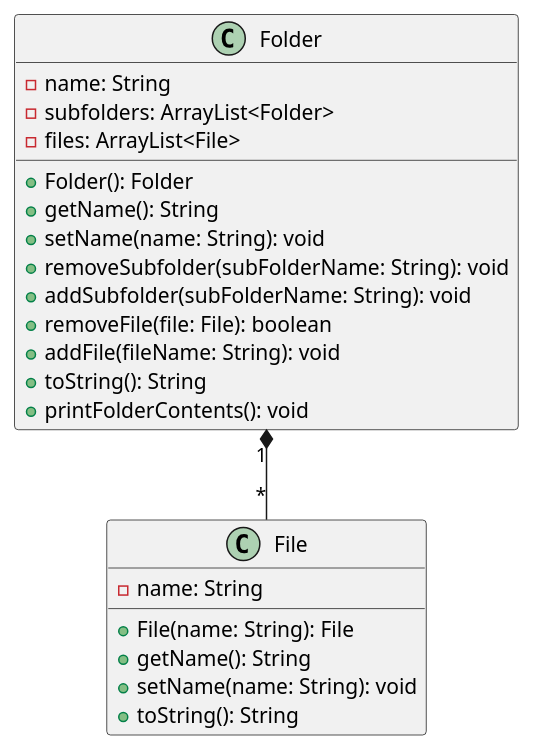
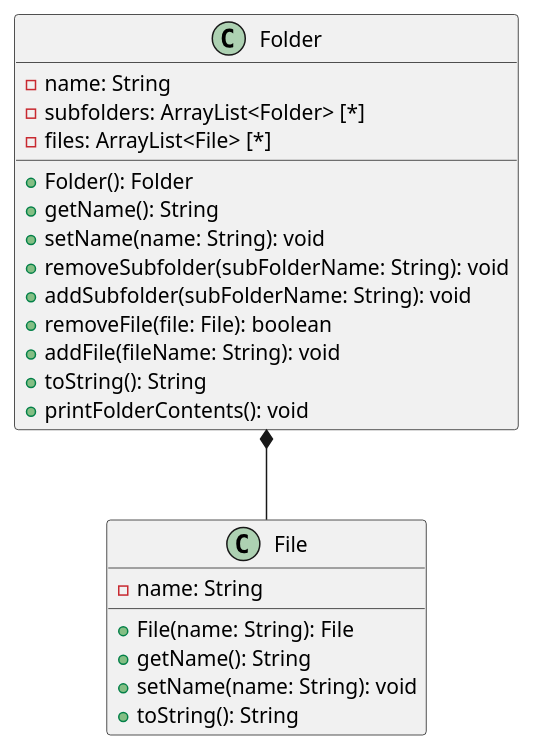
The diagram in class-diagram-4.puml (JRSiwiecki/CS4800-HW3), drawn with PlantUML before and after one commit. The commit also changed 1 other file, not shown here.

Commit message:
Finish object diagram 1

```diff
--- a/class-diagram-4.puml
+++ b/class-diagram-4.puml
@@ -1,29 +1,29 @@
 @startuml
 'https://plantuml.com/class-diagram
 
 class File {
     - name: String
     + File(name: String): File
     + getName(): String
     + setName(name: String): void
     + toString(): String
 }
 
 
-Folder "1" *-- "*" File
+Folder *-- File
 class Folder {
     - name: String
-    - subfolders: ArrayList<Folder>
-    - files: ArrayList<File>
+    - subfolders: ArrayList<Folder> [*]
+    - files: ArrayList<File> [*]
     + Folder(): Folder
     + getName(): String
     + setName(name: String): void
     + removeSubfolder(subFolderName: String): void
     + addSubfolder(subFolderName: String): void
     + removeFile(file: File): boolean
     + addFile(fileName: String): void
     + toString(): String
     + printFolderContents(): void
 }
 
 @enduml
```
